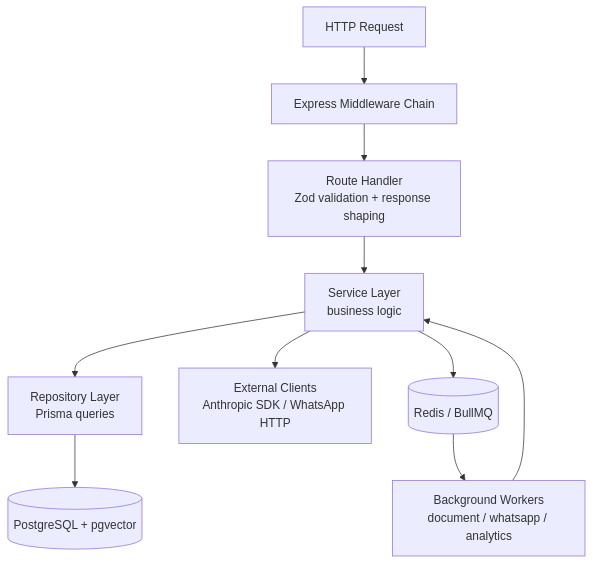
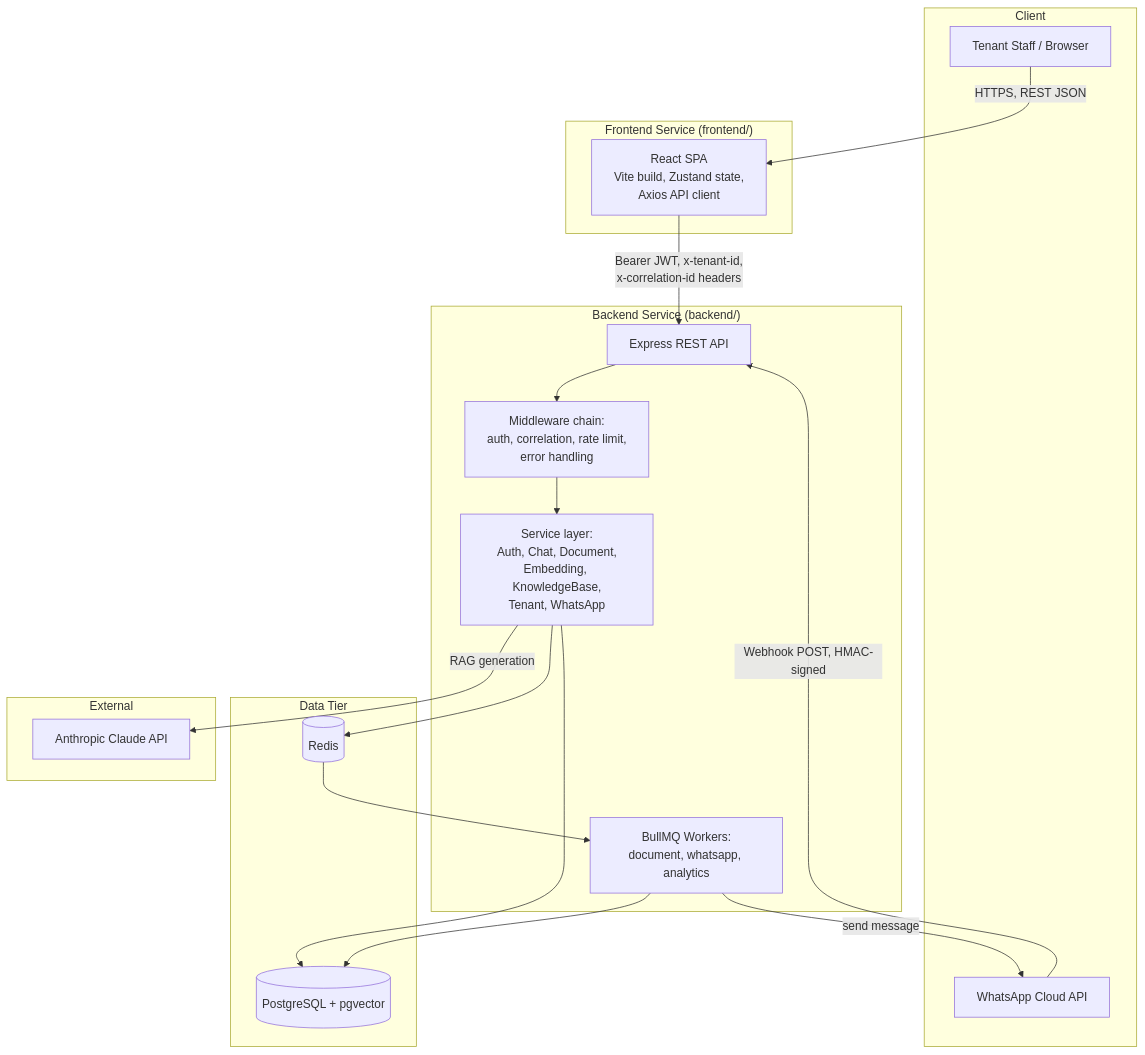
The first of 2 diagrams in README.md (mohammed-dev-stack/ai-workflow-orchestrator), drawn with Mermaid before and after one commit. The commit also changed other lines of this file, not shown here.

````diff
--- a/README.md
+++ b/README.md
@@ -657,12 +57,38 @@
 ```mermaid
-graph TD
-    A[HTTP Request] --> B[Express Middleware Chain]
-    B --> C[Route Handler<br/>Zod validation + response shaping]
-    C --> D[Service Layer<br/>business logic]
-    D --> E[Repository Layer<br/>Prisma queries]
-    E --> F[(PostgreSQL + pgvector)]
-    D --> G[External Clients<br/>Anthropic SDK / WhatsApp HTTP]
-    D --> H[(Redis / BullMQ)]
-    H --> I[Background Workers<br/>document / whatsapp / analytics]
-    I --> D
+graph TB
+    subgraph "Client"
+        U[Tenant Staff / Browser]
+        WA[WhatsApp Cloud API]
+    end
+
+    subgraph "Frontend Service (frontend/)"
+        SPA[React SPA<br/>Vite build, Zustand state,<br/>Axios API client]
+    end
+
+    subgraph "Backend Service (backend/)"
+        API[Express REST API]
+        MW[Middleware chain:<br/>auth, correlation, rate limit,<br/>error handling]
+        SVC[Service layer:<br/>Auth, Chat, Document,<br/>Embedding, KnowledgeBase,<br/>Tenant, WhatsApp]
+        WRK[BullMQ Workers:<br/>document, whatsapp, analytics]
+    end
+
+    subgraph "Data Tier"
+        PG[(PostgreSQL + pgvector)]
+        RD[(Redis)]
+    end
+
+    subgraph "External"
+        AN[Anthropic Claude API]
+    end
+
+    U -->|HTTPS, REST JSON| SPA
+    SPA -->|Bearer JWT, x-tenant-id,<br/>x-correlation-id headers| API
+    WA -->|Webhook POST, HMAC-signed| API
+    API --> MW --> SVC
+    SVC --> PG
+    SVC --> RD
+    SVC -->|RAG generation| AN
+    RD --> WRK
+    WRK --> PG
+    WRK -->|send message| WA
 ```
````
